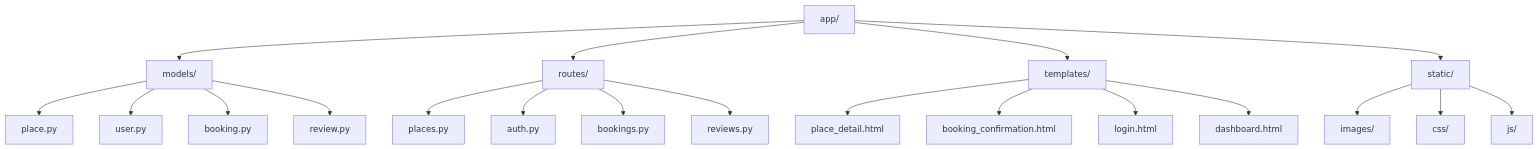
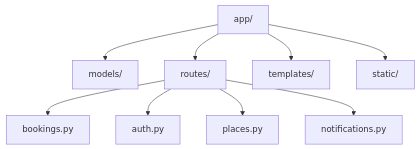
The third of 4 diagrams in part4/README.md (jerome244/holbertonschool-hbnb), drawn with Mermaid before and after one commit. The commit also changed other lines of this file and 12 other files, not shown here.

````diff
--- a/part4/README.md
+++ b/part4/README.md
@@ -219,23 +192,11 @@
 ```mermaid
 graph TD
     A[app/] --> B[models/]
     A --> C[routes/]
     A --> D[templates/]
     A --> E[static/]
-    B --> F[place.py]
-    B --> G[user.py]
-    B --> H[booking.py]
-    B --> I[review.py]
-    C --> J[places.py]
-    C --> K[auth.py]
-    C --> L[bookings.py]
-    C --> M[reviews.py]
-    D --> N[place_detail.html]
-    D --> O[booking_confirmation.html]
-    D --> P[login.html]
-    D --> Q[dashboard.html]
-    E --> R[images/]
-    E --> S[css/]
-    E --> T[js/]
-
+    C --> F[bookings.py]
+    C --> G[auth.py]
+    C --> H[places.py]
+    C --> I[notifications.py]
 ```
````
